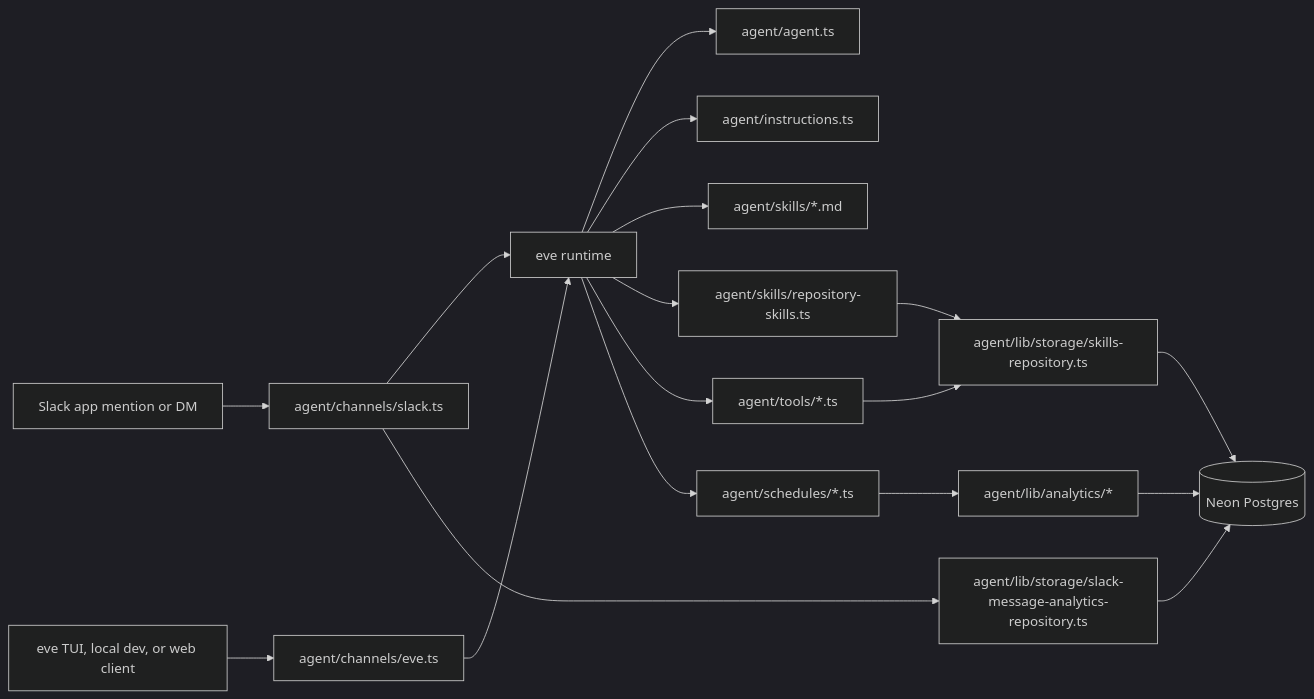
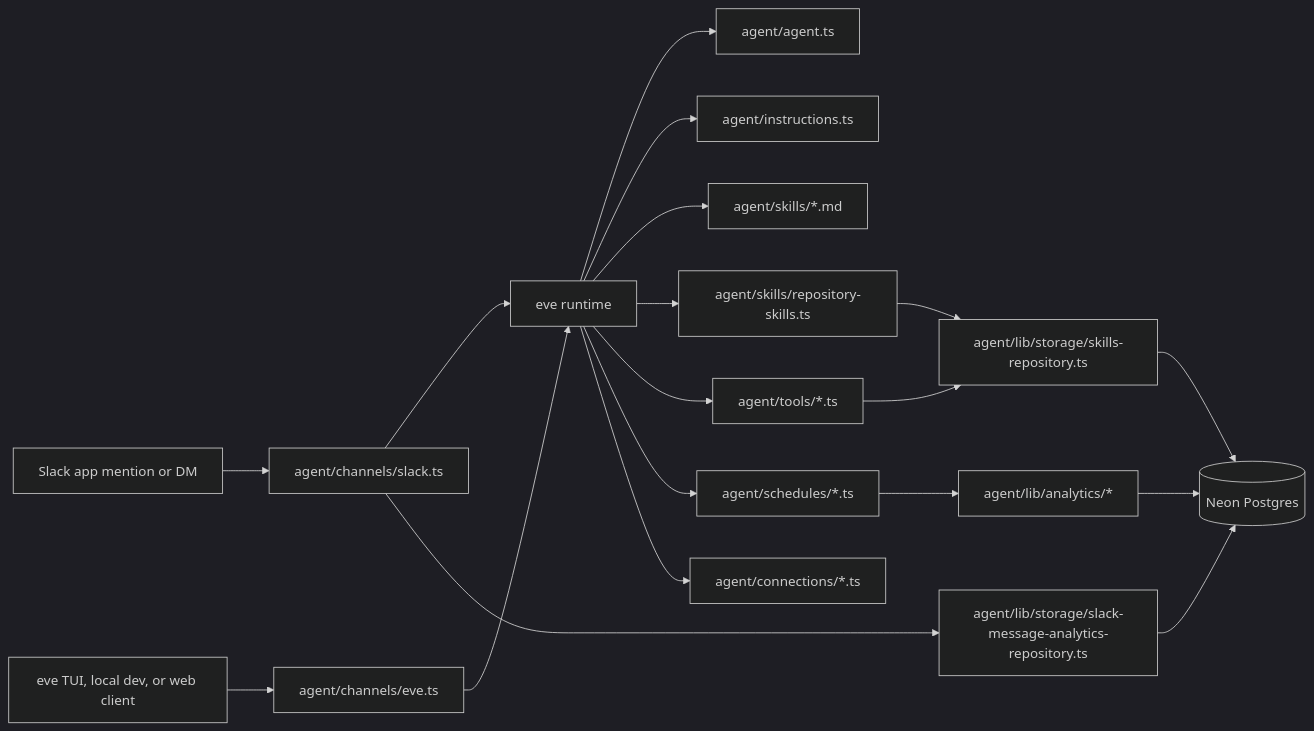
The first of 3 diagrams in AGENTS.md (GorobVictor/slack-ai-agent-eve), drawn with Mermaid (dark theme) before and after one commit. The commit also changed other lines of this file and 1 other file, not shown here.

````diff
--- a/AGENTS.md
+++ b/AGENTS.md
@@ -32,25 +32,26 @@
 ```mermaid
 flowchart LR
   Slack[Slack app mention or DM] --> SlackChannel[agent/channels/slack.ts]
   EveClient[eve TUI, local dev, or web client] --> EveChannel[agent/channels/eve.ts]
 
   SlackChannel --> Runtime[eve runtime]
   EveChannel --> Runtime
 
   Runtime --> AgentConfig[agent/agent.ts]
   Runtime --> Instructions[agent/instructions.ts]
   Runtime --> StaticSkills[agent/skills/*.md]
   Runtime --> DynamicSkills[agent/skills/repository-skills.ts]
   Runtime --> Tools[agent/tools/*.ts]
   Runtime --> Schedules[agent/schedules/*.ts]
+  Runtime --> Connections[agent/connections/*.ts]
 
   DynamicSkills --> SkillsRepo[agent/lib/storage/skills-repository.ts]
   Tools --> SkillsRepo
   SkillsRepo --> DB[(Neon Postgres)]
 
   SlackChannel --> AnalyticsRepo[agent/lib/storage/slack-message-analytics-repository.ts]
   AnalyticsRepo --> DB
 
   Schedules --> Analytics[agent/lib/analytics/*]
   Analytics --> DB
 ```
````
